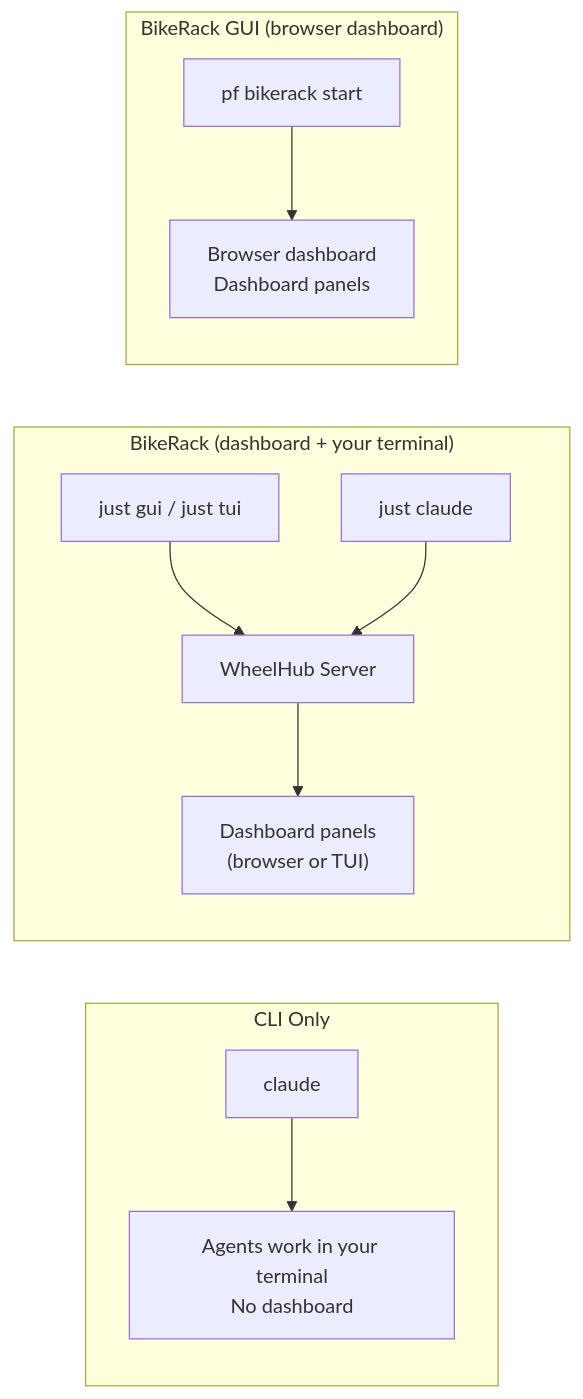
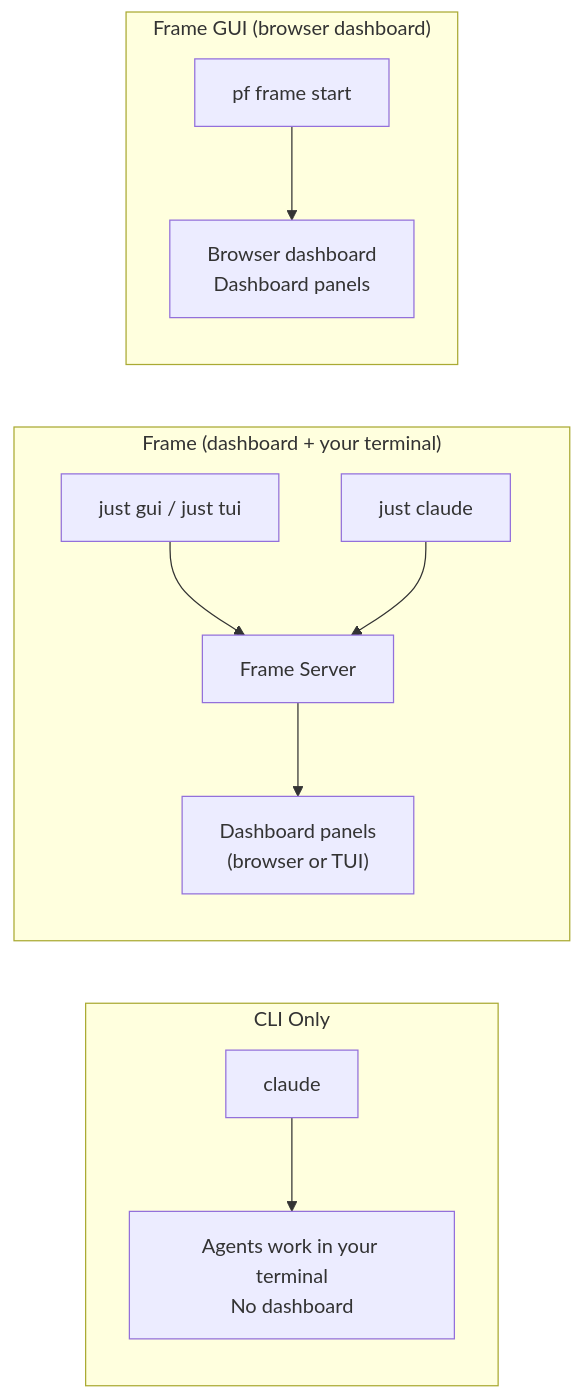
The first of 2 diagrams in docs/USER-GUIDE.md (slabgorb/pennyfarthing), drawn with Mermaid before and after one commit. The commit also changed other lines of this file and 197 other files, not shown here.

First line of the commit message:
refactor: remove GUI packages and complete wheelhub/bikerack rename

````diff
--- a/docs/USER-GUIDE.md
+++ b/docs/USER-GUIDE.md
@@ -196,16 +196,16 @@
 ```mermaid
 graph LR
     subgraph "CLI Only"
         A["claude"] --> B["Agents work in your terminal<br/>No dashboard"]
     end
 
-    subgraph "BikeRack (dashboard + your terminal)"
-        C["just gui / just tui"] --> D["WheelHub Server"]
+    subgraph "Frame (dashboard + your terminal)"
+        C["just gui / just tui"] --> D["Frame Server"]
         E["just claude"] --> D
         D --> F["Dashboard panels<br/>(browser or TUI)"]
     end
 
-    subgraph "BikeRack GUI (browser dashboard)"
-        G["pf bikerack start"] --> H["Browser dashboard<br/>Dashboard panels"]
+    subgraph "Frame GUI (browser dashboard)"
+        G["pf frame start"] --> H["Browser dashboard<br/>Dashboard panels"]
     end
 ```
````
